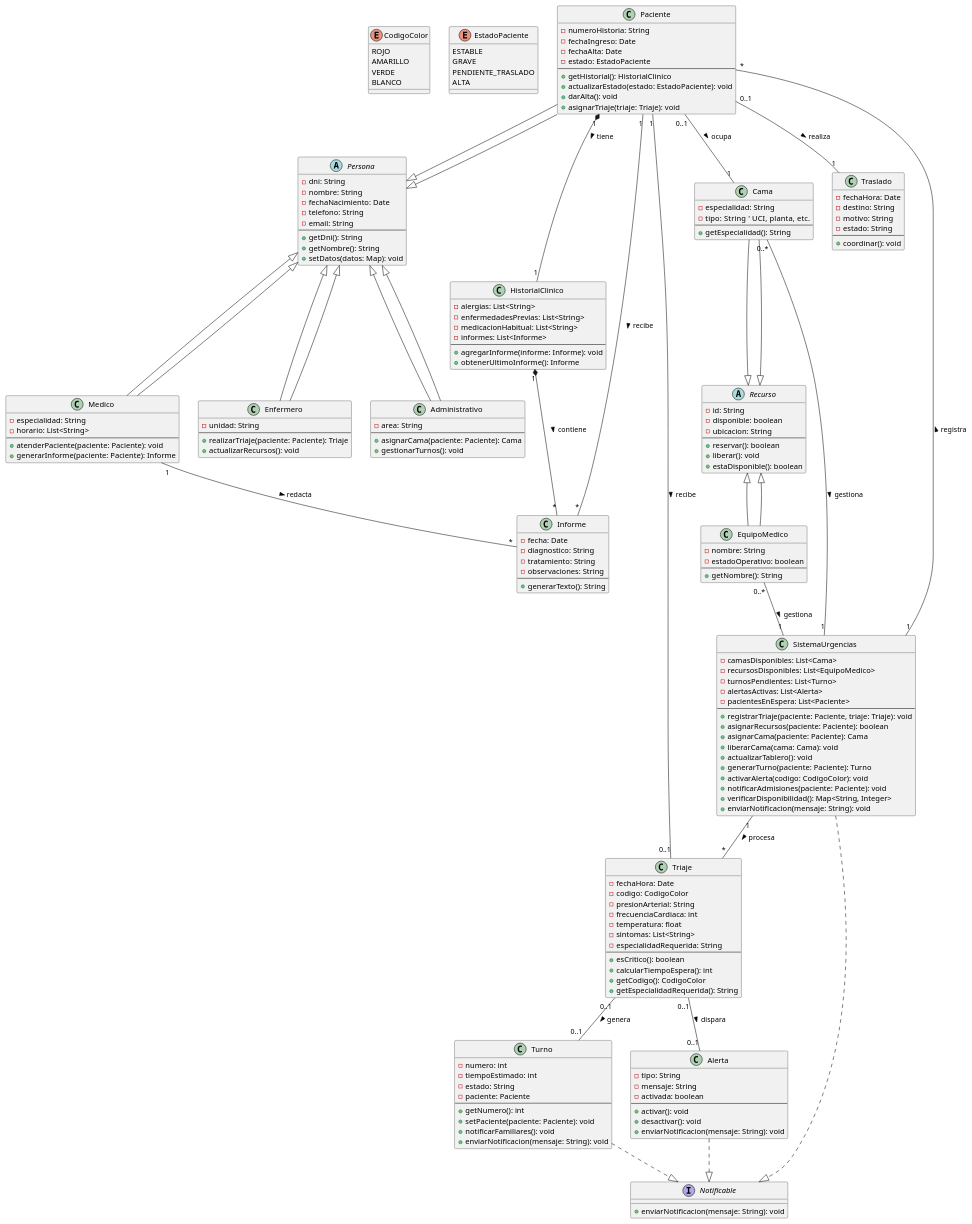
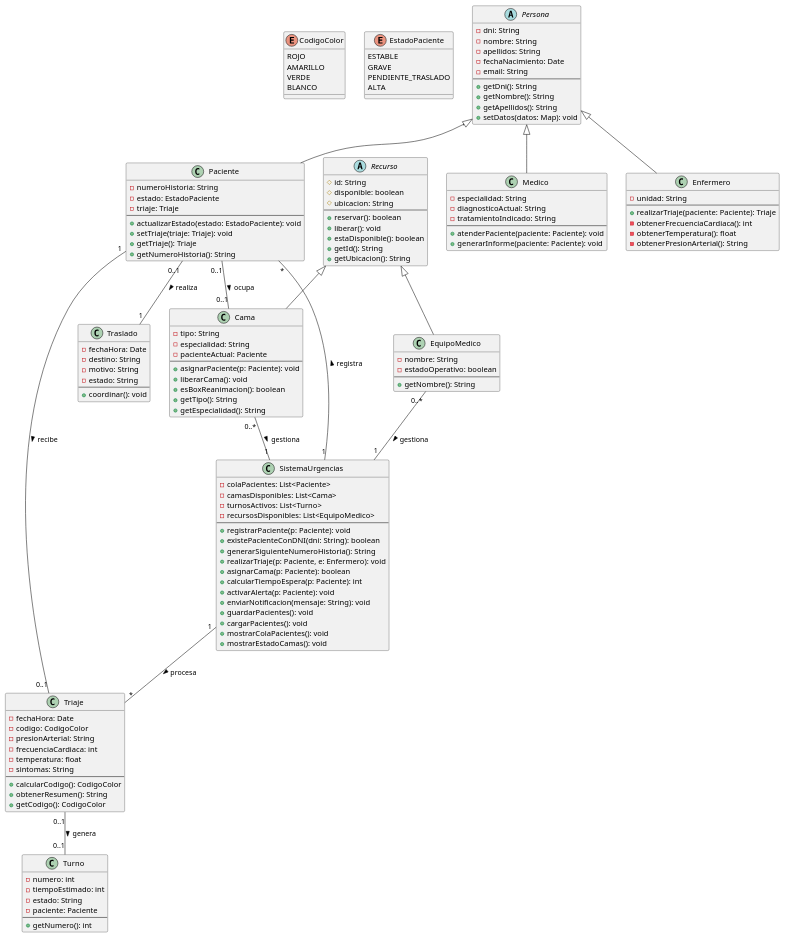
The diagram in docs/diagramas/clases/diagrama-clases.puml (fadliabidi25-hash/gestion-urgencias-triaje), drawn with PlantUML before and after one commit. The commit also changed other lines of this file and 38 other files, not shown here.

```diff
--- a/docs/diagramas/clases/diagrama-clases.puml
+++ b/docs/diagramas/clases/diagrama-clases.puml
@@ -2,9 +2,6 @@
 ' ============================================================
 ' DIAGRAMA DE CLASES - ENUNCIADO 3: GESTIÓN DE URGENCIAS Y TRIAJE
 ' ============================================================
-' Nota: HistorialClinico contiene listas de strings para antecedentes.
-' ============================================================
-
 
 ' ----- ENUMERADOS -----
 enum CodigoColor {
@@ -14,7 +11,6 @@
     BLANCO
 }
 
-
 enum EstadoPaciente {
     ESTABLE
     GRAVE
@@ -22,88 +18,49 @@
     ALTA
 }
 
-
-' ----- INTERFAZ -----
-interface Notificable {
-    + enviarNotificacion(mensaje: String): void
-}
-
-
 ' ----- CLASE ABSTRACTA -----
 abstract class Persona {
     - dni: String
     - nombre: String
+    - apellidos: String
     - fechaNacimiento: Date
-    - telefono: String
     - email: String
     --
     + getDni(): String
     + getNombre(): String
+    + getApellidos(): String
     + setDatos(datos: Map): void
 }
-
 
 ' ----- CLASES QUE HEREDAN DE PERSONA -----
 class Paciente extends Persona {
     - numeroHistoria: String
-    - fechaIngreso: Date
-    - fechaAlta: Date
     - estado: EstadoPaciente
+    - triaje: Triaje
     --
-    + getHistorial(): HistorialClinico
     + actualizarEstado(estado: EstadoPaciente): void
-    + darAlta(): void
-    + asignarTriaje(triaje: Triaje): void
+    + setTriaje(triaje: Triaje): void
+    + getTriaje(): Triaje
+    + getNumeroHistoria(): String
 }
-
 
 class Medico extends Persona {
     - especialidad: String
-    - horario: List<String>
+    - diagnosticoActual: String
+    - tratamientoIndicado: String
     --
     + atenderPaciente(paciente: Paciente): void
-    + generarInforme(paciente: Paciente): Informe
+    + generarInforme(paciente: Paciente): void
 }
-
 
 class Enfermero extends Persona {
     - unidad: String
     --
     + realizarTriaje(paciente: Paciente): Triaje
-    + actualizarRecursos(): void
+    - obtenerFrecuenciaCardiaca(): int
+    - obtenerTemperatura(): float
+    - obtenerPresionArterial(): String
 }
-
-
-class Administrativo extends Persona {
-    - area: String
-    --
-    + asignarCama(paciente: Paciente): Cama
-    + gestionarTurnos(): void
-}
-
-
-' ----- HISTORIAL CLÍNICO (COMPOSICIÓN CON PACIENTE) -----
-class HistorialClinico {
-    - alergias: List<String>
-    - enfermedadesPrevias: List<String>
-    - medicacionHabitual: List<String>
-    - informes: List<Informe>
-    --
-    + agregarInforme(informe: Informe): void
-    + obtenerUltimoInforme(): Informe
-}
-
-
-' ----- INFORME MÉDICO -----
-class Informe {
-    - fecha: Date
-    - diagnostico: String
-    - tratamiento: String
-    - observaciones: String
-    --
-    + generarTexto(): String
-}
-
 
 ' ----- TRIAJE -----
 class Triaje {
@@ -112,15 +69,12 @@
     - presionArterial: String
     - frecuenciaCardiaca: int
     - temperatura: float
-    - sintomas: List<String>
-    - especialidadRequerida: String
+    - sintomas: String
     --
-    + esCritico(): boolean
-    + calcularTiempoEspera(): int
+    + calcularCodigo(): CodigoColor
+    + obtenerResumen(): String
     + getCodigo(): CodigoColor
-    + getEspecialidadRequerida(): String
 }
-
 
 ' ----- TURNO (PARA CÓDIGO AMARILLO) -----
 class Turno {
@@ -130,43 +84,32 @@
     - paciente: Paciente
     --
     + getNumero(): int
-    + setPaciente(paciente: Paciente): void
-    + notificarFamiliares(): void
-    + enviarNotificacion(mensaje: String): void
 }
-
-
-' ----- ALERTA (PARA CÓDIGO ROJO) -----
-class Alerta {
-    - tipo: String
-    - mensaje: String
-    - activada: boolean
-    --
-    + activar(): void
-    + desactivar(): void
-    + enviarNotificacion(mensaje: String): void
-}
-
 
 ' ----- RECURSOS (CLASE ABSTRACTA) -----
 abstract class Recurso {
-    - id: String
-    - disponible: boolean
-    - ubicacion: String
+    # id: String
+    # disponible: boolean
+    # ubicacion: String
     --
     + reservar(): boolean
     + liberar(): void
     + estaDisponible(): boolean
+    + getId(): String
+    + getUbicacion(): String
 }
 
-
 class Cama extends Recurso {
+    - tipo: String
     - especialidad: String
-    - tipo: String   ' UCI, planta, etc.
+    - pacienteActual: Paciente
     --
+    + asignarPaciente(p: Paciente): void
+    + liberarCama(): void
+    + esBoxReanimacion(): boolean
+    + getTipo(): String
     + getEspecialidad(): String
 }
-
 
 class EquipoMedico extends Recurso {
     - nombre: String
@@ -174,7 +117,6 @@
     --
     + getNombre(): String
 }
-
 
 ' ----- TRASLADO -----
 class Traslado {
@@ -186,72 +128,41 @@
     + coordinar(): void
 }
 
-
 ' ----- SISTEMA CENTRAL DE URGENCIAS -----
 class SistemaUrgencias {
+    - colaPacientes: List<Paciente>
     - camasDisponibles: List<Cama>
+    - turnosActivos: List<Turno>
     - recursosDisponibles: List<EquipoMedico>
-    - turnosPendientes: List<Turno>
-    - alertasActivas: List<Alerta>
-    - pacientesEnEspera: List<Paciente>
     --
-    + registrarTriaje(paciente: Paciente, triaje: Triaje): void
-    + asignarRecursos(paciente: Paciente): boolean
-    + asignarCama(paciente: Paciente): Cama
-    + liberarCama(cama: Cama): void
-    + actualizarTablero(): void
-    + generarTurno(paciente: Paciente): Turno
-    + activarAlerta(codigo: CodigoColor): void
-    + notificarAdmisiones(paciente: Paciente): void
-    + verificarDisponibilidad(): Map<String, Integer>
+    + registrarPaciente(p: Paciente): void
+    + existePacienteConDNI(dni: String): boolean
+    + generarSiguienteNumeroHistoria(): String
+    + realizarTriaje(p: Paciente, e: Enfermero): void
+    + asignarCama(p: Paciente): boolean
+    + calcularTiempoEspera(p: Paciente): int
+    + activarAlerta(p: Paciente): void
     + enviarNotificacion(mensaje: String): void
+    + guardarPacientes(): void
+    + cargarPacientes(): void
+    + mostrarColaPacientes(): void
+    + mostrarEstadoCamas(): void
 }
-
 
 ' ========== RELACIONES ==========
 
+' --- Asociaciones y composiciones ---
+Paciente "1" -- "0..1" Triaje : recibe >
 
-' --- Herencia ---
-Paciente --|> Persona
-Medico --|> Persona
-Enfermero --|> Persona
-Administrativo --|> Persona
-
-
-Cama --|> Recurso
-EquipoMedico --|> Recurso
-
-
-' --- Interfaces implementadas ---
-Alerta ..|> Notificable
-Turno ..|> Notificable
-SistemaUrgencias ..|> Notificable
-
-
-' --- Asociaciones y composiciones ---
-Paciente "1" *-- "1" HistorialClinico : tiene >
-HistorialClinico "1" *-- "*" Informe : contiene >
-
-
-Paciente "1" -- "0..1" Triaje : recibe >
-Medico "1" -- "*" Informe : redacta >
-Paciente "1" -- "*" Informe : recibe >
-
-
-Paciente "0..1" -- "1" Cama : ocupa >
+Paciente "0..1" -- "0..1" Cama : ocupa >
 Cama "0..*" -- "1" SistemaUrgencias : gestiona >
 EquipoMedico "0..*" -- "1" SistemaUrgencias : gestiona >
 
-
 Triaje "0..1" -- "0..1" Turno : genera >
-Triaje "0..1" -- "0..1" Alerta : dispara >
-
 
 Paciente "0..1" -- "1" Traslado : realiza >
-
 
 SistemaUrgencias "1" -- "*" Triaje : procesa >
 SistemaUrgencias "1" -- "*" Paciente : registra >
 
-
 @enduml
```
